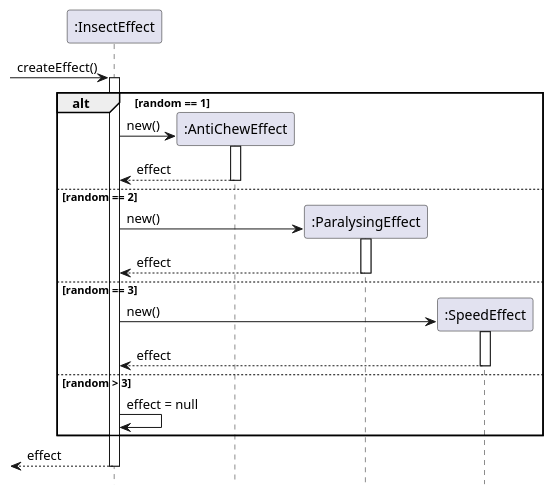
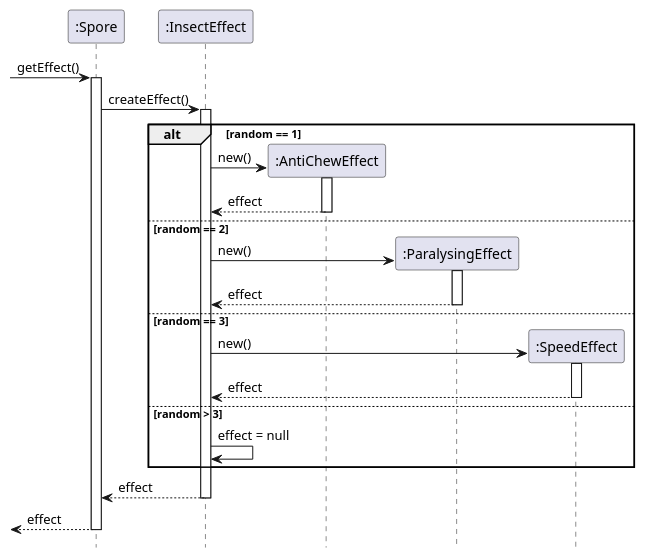
The diagram in InsectEffect/effect-creation.pu (ZD4ve/projlab-error521), drawn with PlantUML before and after one commit. The commit also changed 7 other files, not shown here.

```diff
--- a/InsectEffect/effect-creation.pu
+++ b/InsectEffect/effect-creation.pu
@@ -1,33 +1,38 @@
-@startuml
+@startuml InsectEffect/effect-creation
 hide footbox
 
+participant ":Spore" as spore
 participant ":InsectEffect" as effect
-participant ":AntiChewEffect" as anticheweffect
-participant ":ParalysingEffect" as paralysingeffect
-participant ":SpeedEffect" as speedeffect
+participant ":AntiChewEffect" as antichewEffect
+participant ":ParalysingEffect" as paralysingEffect
+participant ":SpeedEffect" as speedEffect
 
--> effect : createEffect()
+-> spore : getEffect()
+activate spore
+
+spore -> effect : createEffect()
 activate effect
 
 alt random == 1
-    create anticheweffect
-    effect -> anticheweffect : new()
-    activate anticheweffect
+    create antichewEffect
+    effect -> antichewEffect : new()
+    activate antichewEffect
     return effect
 else random == 2
-    create paralysingeffect
-    effect -> paralysingeffect : new()
-    activate paralysingeffect
+    create paralysingEffect
+    effect -> paralysingEffect : new()
+    activate paralysingEffect
     return effect
 else random == 3
-    create speedeffect
-    effect -> speedeffect : new()
-    activate speedeffect
+    create speedEffect
+    effect -> speedEffect : new()
+    activate speedEffect
     return effect
 else random > 3
+' ez így biztos jó?
     effect -> effect : effect = null
 end
 
 return effect
-
+return effect
 @enduml
```
